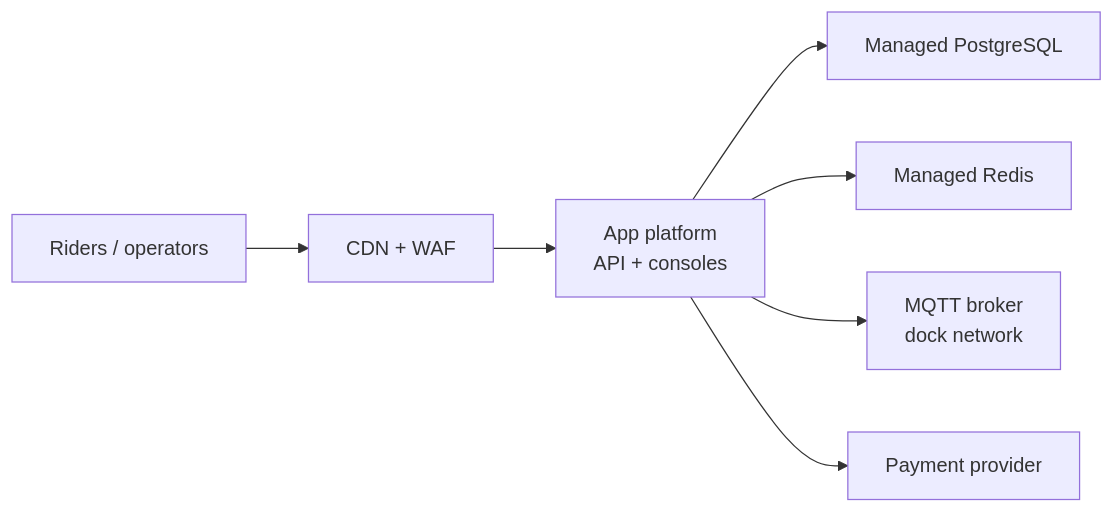
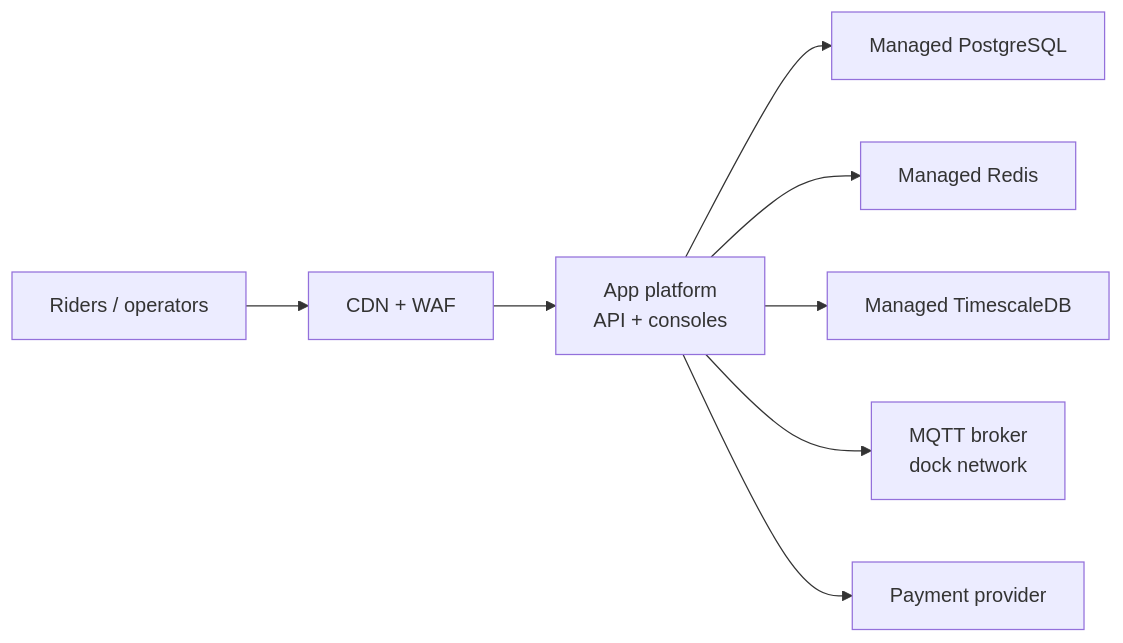
One commit to openmove/design-docs-example changed the diagram in docs/architecture/07_deployment_view.md. Above: the diagram before and after it, drawn with Mermaid. The commit also changed other lines of this file and 10 other files, not shown here.

````diff
--- a/docs/architecture/07_deployment_view.md
+++ b/docs/architecture/07_deployment_view.md
@@ -5,9 +5,10 @@
 ```mermaid
 flowchart LR
   riders["Riders / operators"] --> edge["CDN + WAF"]
   edge --> app["App platform<br/>API + consoles"]
   app --> pg["Managed PostgreSQL"]
   app --> redis["Managed Redis"]
+  app --> ts["Managed TimescaleDB"]
   app --> mqtt["MQTT broker<br/>dock network"]
   app --> pay["Payment provider"]
 ```
````
